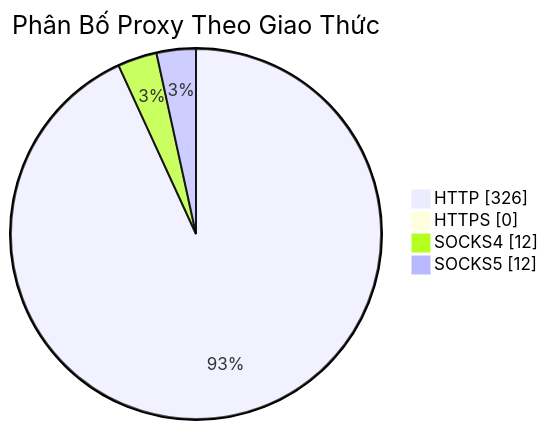
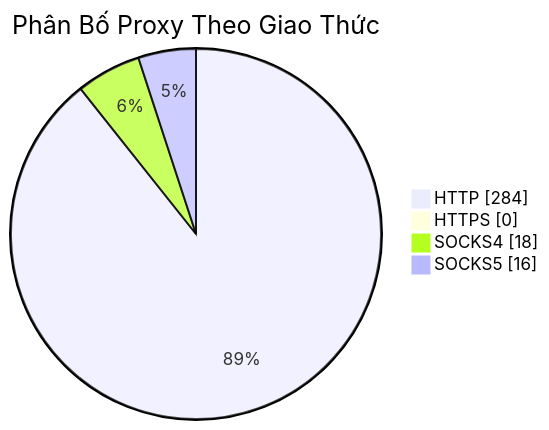
The diagram in README.md (Ciara-Aa/PROXY-free), drawn with Mermaid before and after one commit. The commit also changed other lines of this file and 3 other files, not shown here.

````diff
--- a/README.md
+++ b/README.md
@@ -26,7 +26,7 @@
 ```mermaid
 pie showData title Phân Bố Proxy Theo Giao Thức
-    "HTTP" : 326
+    "HTTP" : 284
     "HTTPS" : 0
-    "SOCKS4" : 12
-    "SOCKS5" : 12
+    "SOCKS4" : 18
+    "SOCKS5" : 16
 ```
````
